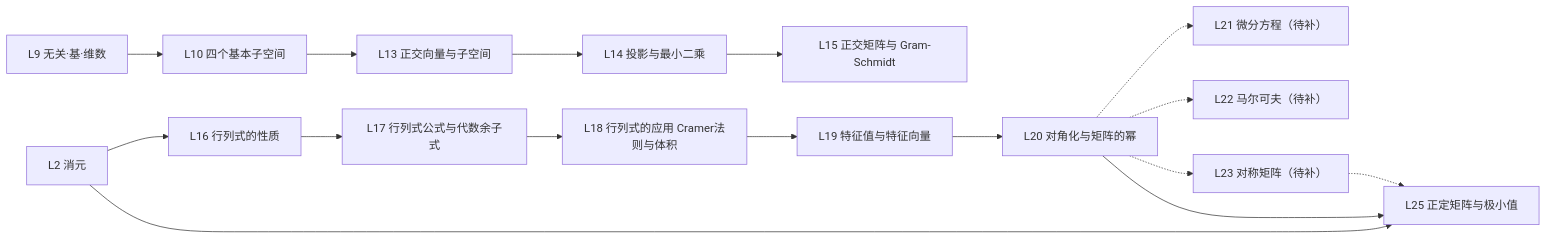
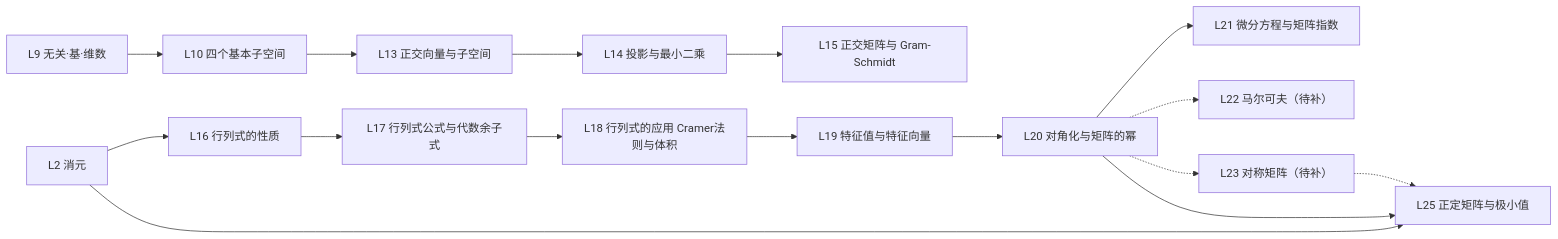
The diagram in Math/Linear Algebra/Overview.md (Korotomx/STD), drawn with Mermaid before and after one commit. The commit also changed other lines of this file and 9 other files, not shown here.

````diff
--- a/Math/Linear Algebra/Overview.md
+++ b/Math/Linear Algebra/Overview.md
@@ -83,18 +89,18 @@
 ```mermaid
 flowchart LR
     L9["L9 无关·基·维数"] --> L10["L10 四个基本子空间"]
     L10 --> L13["L13 正交向量与子空间"]
     L13 --> L14["L14 投影与最小二乘"]
     L14 --> L15["L15 正交矩阵与 Gram-Schmidt"]
     L2["L2 消元"] --> L16["L16 行列式的性质"]
     L16 --> L17["L17 行列式公式与代数余子式"]
     L17 --> L18["L18 行列式的应用 Cramer法则与体积"]
     L18 --> L19["L19 特征值与特征向量"]
     L19 --> L20["L20 对角化与矩阵的幂"]
-    L20 -.-> L21["L21 微分方程（待补）"]
+    L20 --> L21["L21 微分方程与矩阵指数"]
     L20 -.-> L22["L22 马尔可夫（待补）"]
     L20 -.-> L23["L23 对称矩阵（待补）"]
     L23 -.-> L25["L25 正定矩阵与极小值"]
     L20 --> L25
     L2 --> L25
 ```
````
